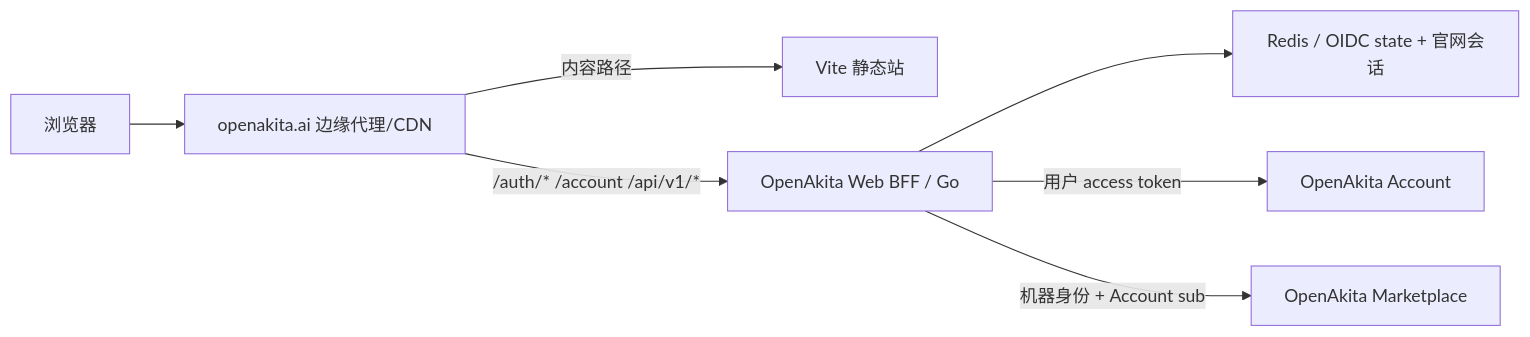
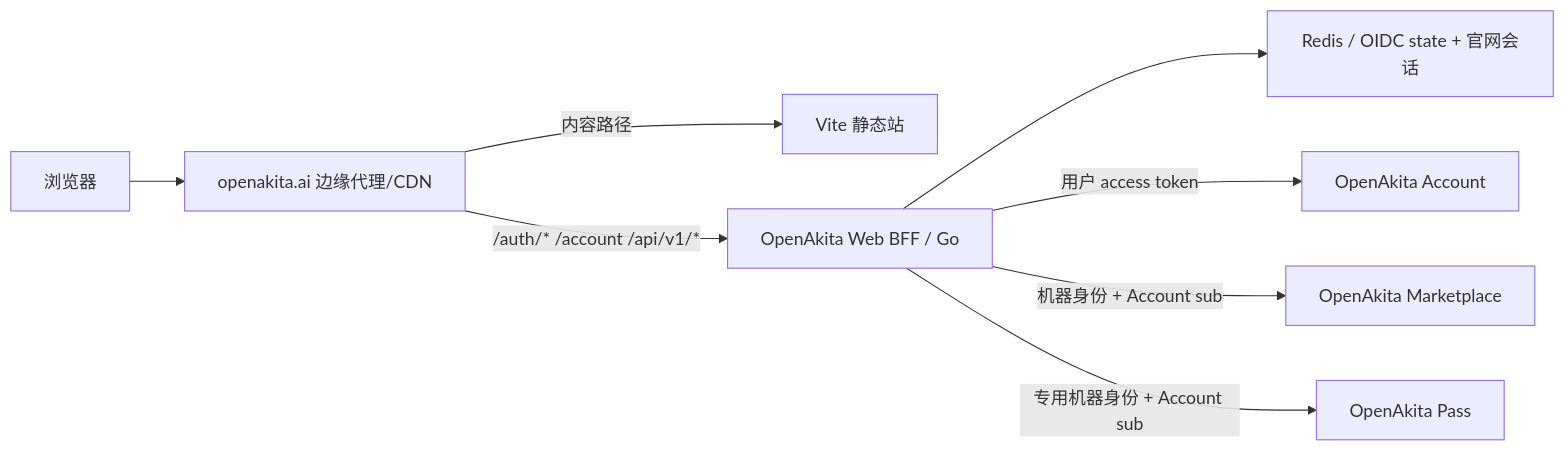
The diagram in docs/architecture/website-bff.md (openakita/openakita-web), drawn with Mermaid before and after one commit. The commit also changed other lines of this file and 45 other files, not shown here.

Commit message:
feat(hub): productionize account and pass integration

````diff
--- a/docs/architecture/website-bff.md
+++ b/docs/architecture/website-bff.md
@@ -35,9 +36,10 @@
 ```mermaid
 flowchart LR
   Browser["浏览器"] --> Edge["openakita.ai 边缘代理/CDN"]
   Edge -->|"内容路径"| Static["Vite 静态站"]
   Edge -->|"/auth/* /account /api/v1/*"| BFF["OpenAkita Web BFF / Go"]
   BFF --> Redis["Redis / OIDC state + 官网会话"]
   BFF -->|"用户 access token"| Account["OpenAkita Account"]
   BFF -->|"机器身份 + Account sub"| Marketplace["OpenAkita Marketplace"]
+  BFF -->|"专用机器身份 + Account sub"| Pass["OpenAkita Pass"]
 ```
````
